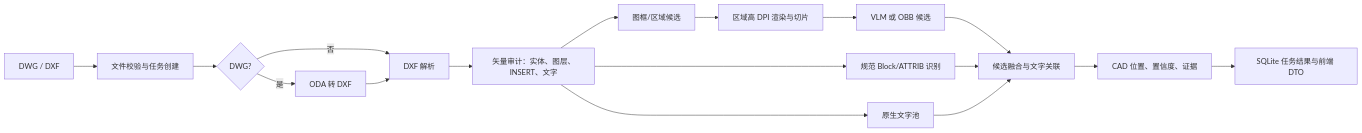
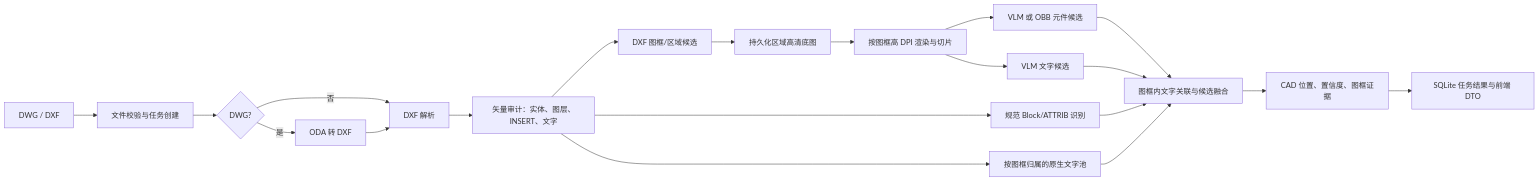
The first of 2 diagrams in docs/电气图纸元件识别可行技术方案.md (iawen/cad-recognition), drawn with Mermaid before and after one commit. The commit also changed other lines of this file and 15 other files, not shown here.

Commit message:
新增图纸按主框图拆分

````diff
--- a/docs/电气图纸元件识别可行技术方案.md
+++ b/docs/电气图纸元件识别可行技术方案.md
@@ -26,20 +26,23 @@
 ```mermaid
 flowchart LR
     A[DWG / DXF] --> B[文件校验与任务创建]
     B --> C{DWG?}
     C -->|是| D[ODA 转 DXF]
     C -->|否| E[DXF 解析]
     D --> E
 
     E --> F[矢量审计：实体、图层、INSERT、文字]
     F --> G[规范 Block/ATTRIB 识别]
-    F --> H[图框/区域候选]
-    H --> I[区域高 DPI 渲染与切片]
-    I --> J[VLM 或 OBB 候选]
-    F --> K[原生文字池]
-    J --> L[候选融合与文字关联]
-    G --> L
-    K --> L
-    L --> M[CAD 位置、置信度、证据]
-    M --> N[SQLite 任务结果与前端 DTO]
+    F --> H[DXF 图框/区域候选]
+    H --> I[持久化区域高清底图]
+    I --> J[按图框高 DPI 渲染与切片]
+    J --> K[VLM 或 OBB 元件候选]
+    J --> L[VLM 文字候选]
+    F --> M[按图框归属的原生文字池]
+    K --> N[图框内文字关联与候选融合]
+    L --> N
+    G --> N
+    M --> N
+    N --> O[CAD 位置、置信度、图框证据]
+    O --> P[SQLite 任务结果与前端 DTO]
 ```
````
